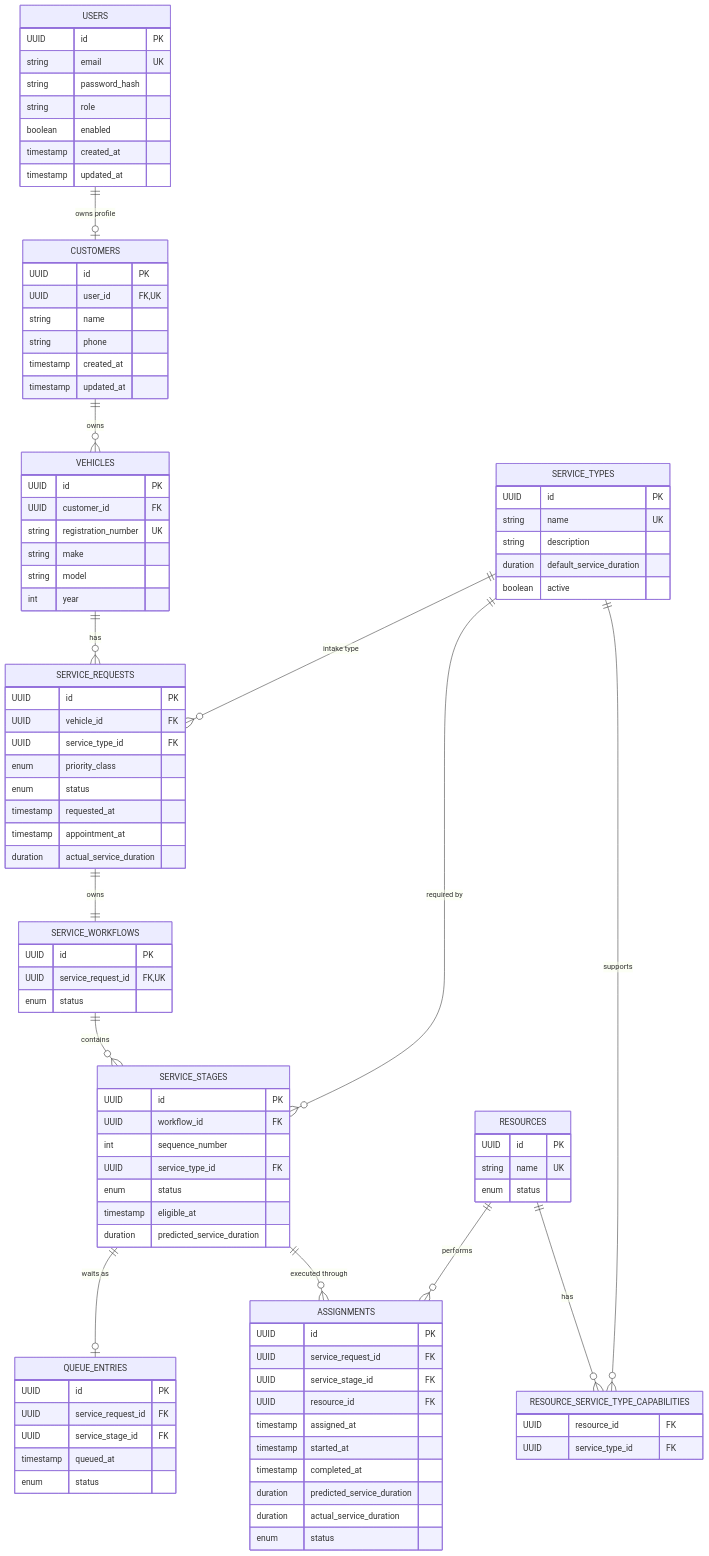
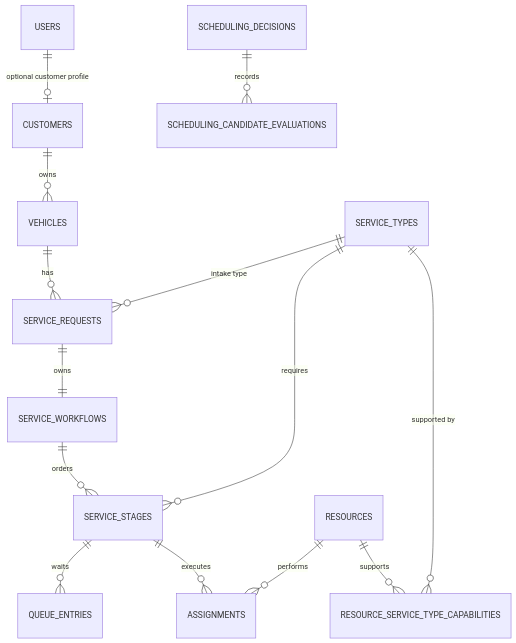
The third of 5 diagrams in README.md (nikshep-root/OptiServe), drawn with Mermaid before and after one commit. The commit also changed other lines of this file, not shown here.

````diff
--- a/README.md
+++ b/README.md
@@ -856,112 +162,16 @@
 ```mermaid
 erDiagram
-    USERS ||--o| CUSTOMERS : "owns profile"
-    CUSTOMERS ||--o{ VEHICLES : "owns"
-    VEHICLES ||--o{ SERVICE_REQUESTS : "has"
+    USERS ||--o| CUSTOMERS : "optional customer profile"
+    CUSTOMERS ||--o{ VEHICLES : owns
+    VEHICLES ||--o{ SERVICE_REQUESTS : has
     SERVICE_TYPES ||--o{ SERVICE_REQUESTS : "intake type"
-    SERVICE_REQUESTS ||--|| SERVICE_WORKFLOWS : "owns"
-    SERVICE_WORKFLOWS ||--o{ SERVICE_STAGES : "contains"
-    SERVICE_TYPES ||--o{ SERVICE_STAGES : "required by"
-
-    RESOURCES ||--o{ RESOURCE_SERVICE_TYPE_CAPABILITIES : "has"
-    SERVICE_TYPES ||--o{ RESOURCE_SERVICE_TYPE_CAPABILITIES : "supports"
-
-    SERVICE_STAGES ||--o| QUEUE_ENTRIES : "waits as"
-    SERVICE_STAGES ||--o{ ASSIGNMENTS : "executed through"
-    RESOURCES ||--o{ ASSIGNMENTS : "performs"
-
-    USERS {
-        UUID id PK
-        string email UK
-        string password_hash
-        string role
-        boolean enabled
-        timestamp created_at
-        timestamp updated_at
-    }
-
-    CUSTOMERS {
-        UUID id PK
-        UUID user_id FK, UK
-        string name
-        string phone
-        timestamp created_at
-        timestamp updated_at
-    }
-
-    VEHICLES {
-        UUID id PK
-        UUID customer_id FK
-        string registration_number UK
-        string make
-        string model
-        int year
-    }
-
-    SERVICE_TYPES {
-        UUID id PK
-        string name UK
-        string description
-        duration default_service_duration
-        boolean active
-    }
-
-    SERVICE_REQUESTS {
-        UUID id PK
-        UUID vehicle_id FK
-        UUID service_type_id FK
-        enum priority_class
-        enum status
-        timestamp requested_at
-        timestamp appointment_at
-        duration actual_service_duration
-    }
-
-    SERVICE_WORKFLOWS {
-        UUID id PK
-        UUID service_request_id FK, UK
-        enum status
-    }
-
-    SERVICE_STAGES {
-        UUID id PK
-        UUID workflow_id FK
-        int sequence_number
-        UUID service_type_id FK
-        enum status
-        timestamp eligible_at
-        duration predicted_service_duration
-    }
-
-    RESOURCES {
-        UUID id PK
-        string name UK
-        enum status
-    }
-
-    RESOURCE_SERVICE_TYPE_CAPABILITIES {
-        UUID resource_id FK
-        UUID service_type_id FK
-    }
-
-    QUEUE_ENTRIES {
-        UUID id PK
-        UUID service_request_id FK
-        UUID service_stage_id FK
-        timestamp queued_at
-        enum status
-    }
-
-    ASSIGNMENTS {
-        UUID id PK
-        UUID service_request_id FK
-        UUID service_stage_id FK
-        UUID resource_id FK
-        timestamp assigned_at
-        timestamp started_at
-        timestamp completed_at
-        duration predicted_service_duration
-        duration actual_service_duration
-        enum status
-    }
+    SERVICE_REQUESTS ||--|| SERVICE_WORKFLOWS : owns
+    SERVICE_WORKFLOWS ||--o{ SERVICE_STAGES : orders
+    SERVICE_TYPES ||--o{ SERVICE_STAGES : requires
+    RESOURCES ||--o{ RESOURCE_SERVICE_TYPE_CAPABILITIES : supports
+    SERVICE_TYPES ||--o{ RESOURCE_SERVICE_TYPE_CAPABILITIES : "supported by"
+    SERVICE_STAGES ||--o{ QUEUE_ENTRIES : waits
+    SERVICE_STAGES ||--o{ ASSIGNMENTS : executes
+    RESOURCES ||--o{ ASSIGNMENTS : performs
+    SCHEDULING_DECISIONS ||--o{ SCHEDULING_CANDIDATE_EVALUATIONS : records
 ```
````
